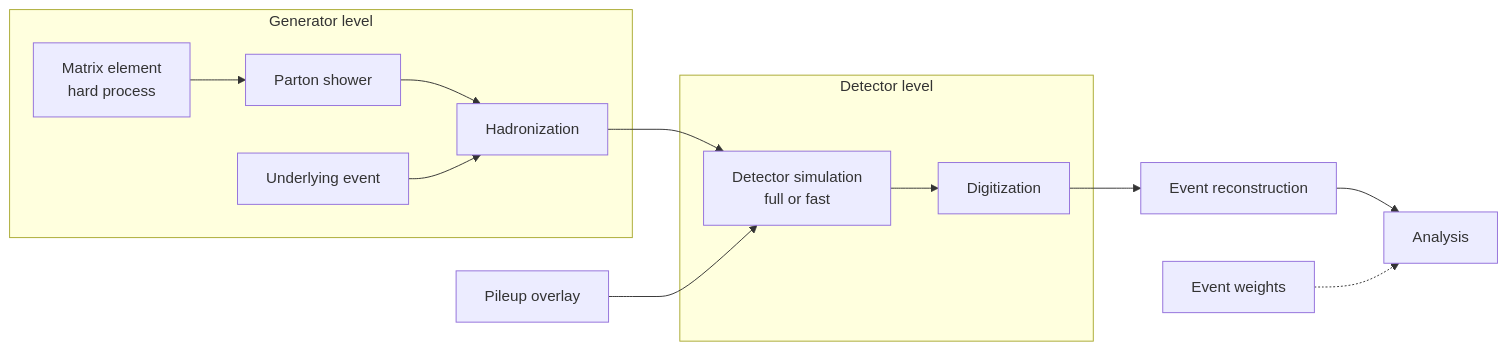
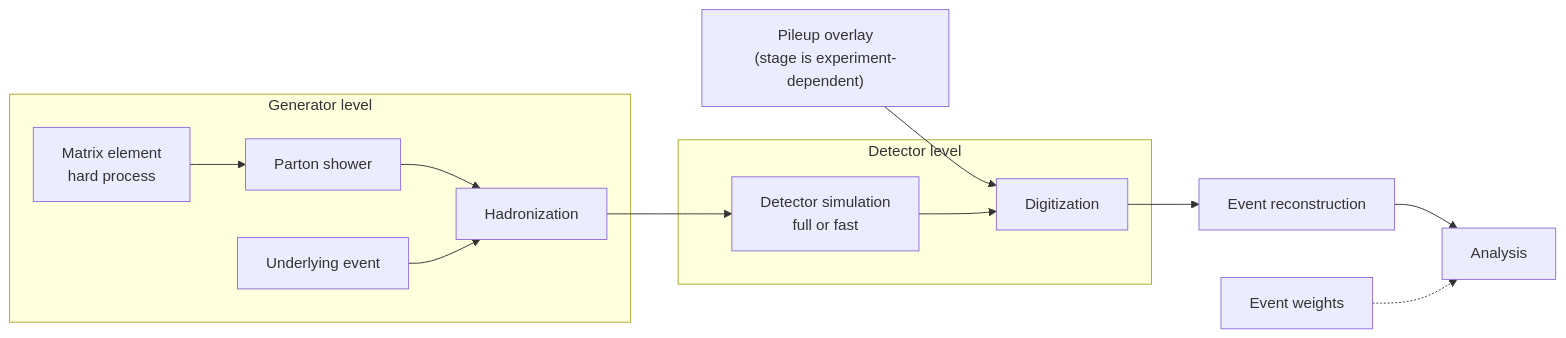
One commit to hchouTW/hep-research changed the diagram in plugins/hep-research/skills/research-communication/examples/hep/02-monte-carlo-simulation-chain.md. Above: the diagram before and after it, drawn with Mermaid. The commit also changed other lines of this file and 4 other files, not shown here.

First line of the commit message:
docs: RC-B8 diagram logic: result from the fit, vertex checks, pileup stage

````diff
--- a/plugins/hep-research/skills/research-communication/examples/hep/02-monte-carlo-simulation-chain.md
+++ b/plugins/hep-research/skills/research-communication/examples/hep/02-monte-carlo-simulation-chain.md
@@ -6,15 +6,15 @@
 ```mermaid
 flowchart LR
     subgraph TRUTH[Generator level]
         ME[Matrix element<br/>hard process] --> PS[Parton shower] --> HAD[Hadronization]
         UE[Underlying event] --> HAD
     end
     HAD --> DET
-    PU[Pileup overlay] --> DET
+    PU["Pileup overlay<br/>(stage is experiment-dependent)"] --> DIG
     subgraph DETLVL[Detector level]
         DET[Detector simulation<br/>full or fast] --> DIG[Digitization]
     end
     DIG --> REC[Event reconstruction]
     REC --> ANA[Analysis]
     W[Event weights] -.-> ANA
 ```
````
